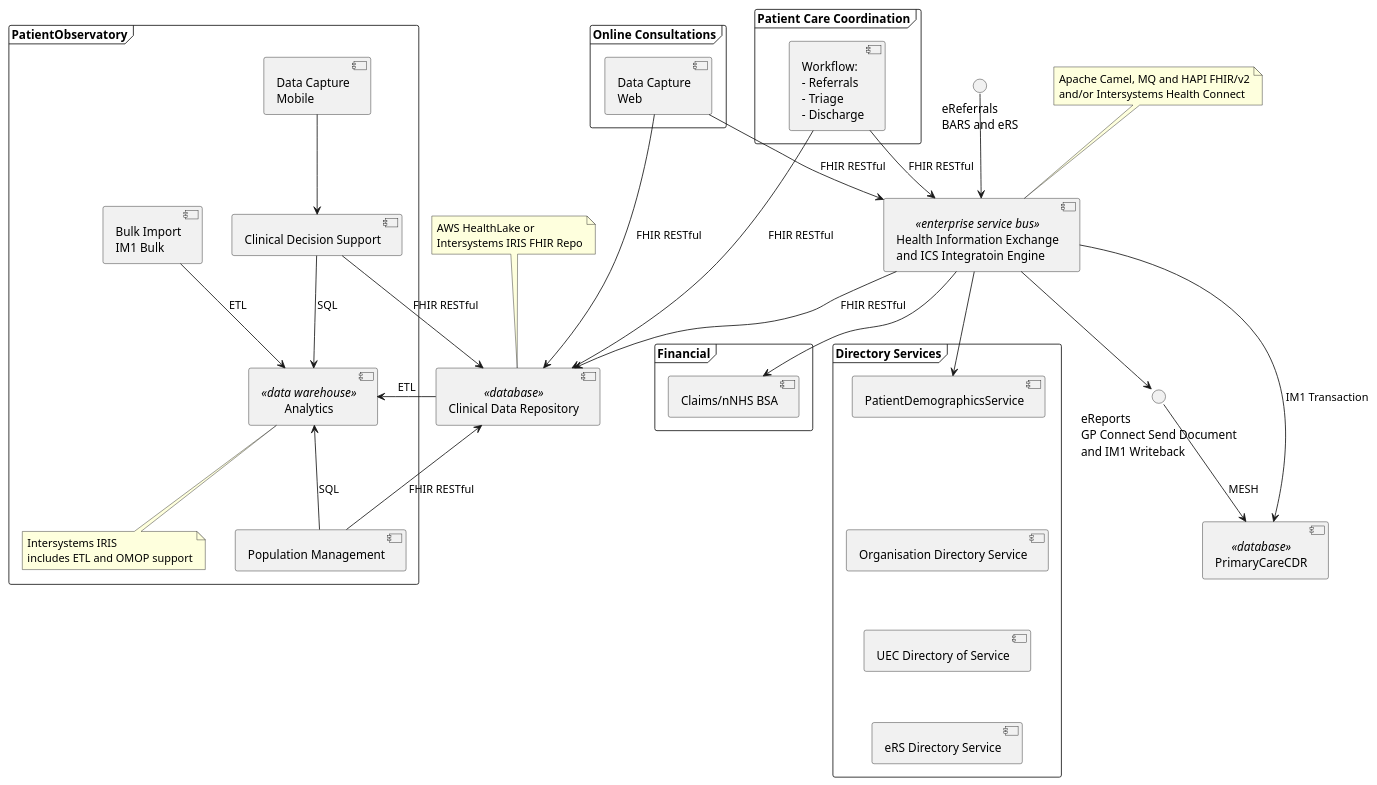
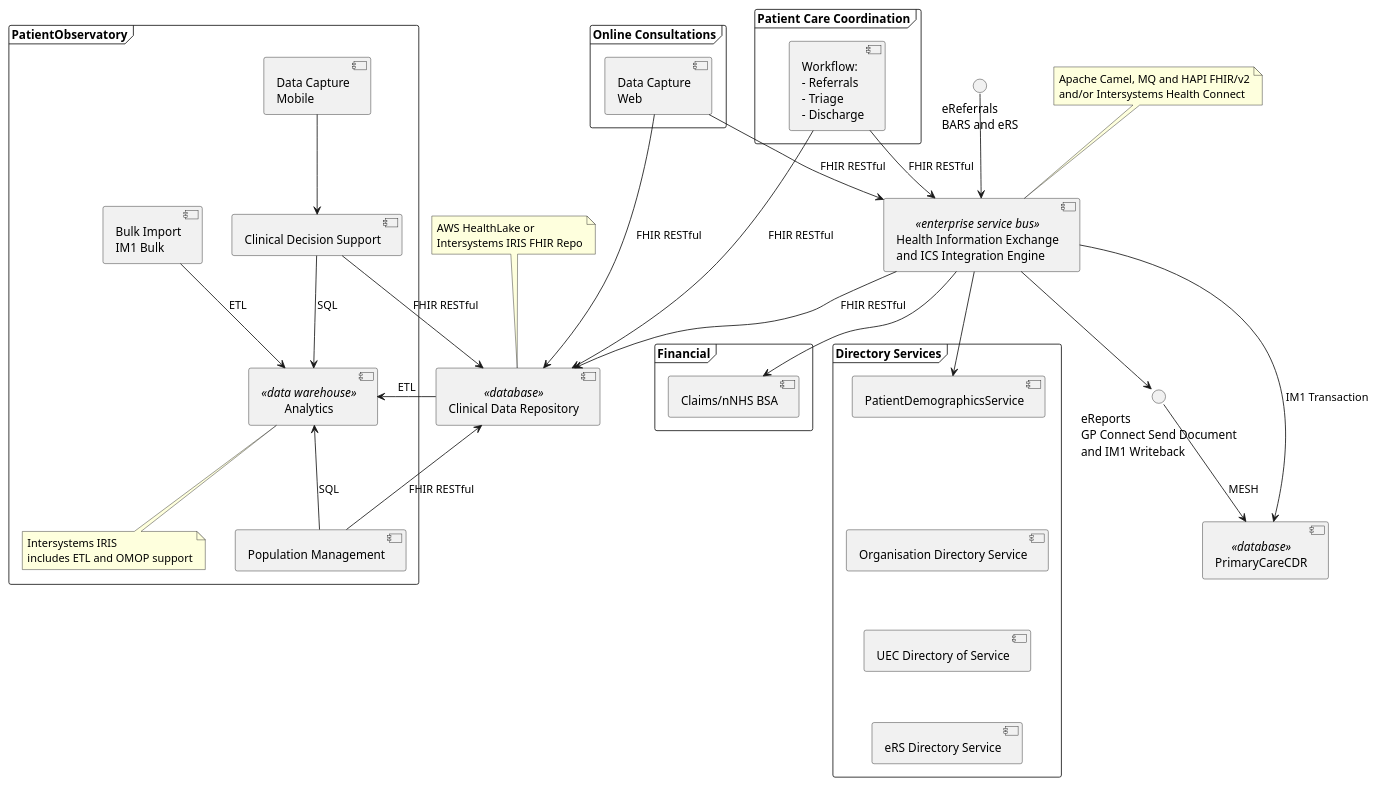
The diagram in input/images-source/component-enterprise.plantuml (Virtually-Healthcare/virtually-healthcare.github.com), drawn with PlantUML before and after one commit. The commit also changed 1 other file, not shown here.

Commit message:
ServiceRequest elab

```diff
--- a/input/images-source/component-enterprise.plantuml
+++ b/input/images-source/component-enterprise.plantuml
@@ -2,94 +2,96 @@
   @startuml
+
+    skinparam svgDimensionStyle false
 
     component "Clinical Data Repository" as ClinicalDataRepository <<database>>
 
-    component "Health Information Exchange\nand ICS Integratoin Engine" as HealthInformationExchange <<enterprise service bus>>
+    component "Health Information Exchange\nand ICS Integration Engine" as HealthInformationExchange <<enterprise service bus>>
 
     interface "eReferrals\nBARS and eRS" as eReferrals
 
     interface "eReports\nGP Connect Send Document\nand IM1 Writeback" as eReports
 
     component PrimaryCareCDR <<database>>
 
     frame PatientObservatory {
       component "Population Management" as PopulationManagement
       component "Data Capture\nMobile" as DataCaptureMobile
       component "Clinical Decision Support" as ClinicalDecisionSupport
       component Analytics <<data warehouse>>
       component "Bulk Import\nIM1 Bulk" as BulkImport
 
 
       note as OMOP
       Intersystems IRIS
       includes ETL and OMOP support
       end note
 
       OMOP .u. Analytics
       PopulationManagement --> ClinicalDataRepository : FHIR RESTful
       PopulationManagement -u-> Analytics : SQL
 
     }
 
     frame "Patient Care Coordination" as BARS {
       component "Workflow: \n- Referrals\n- Triage\n- Discharge" as Workflow
     }
 
     frame "Directory Services" as CSD {
       component "PatientDemographicsService" as PDS
       component "Organisation Directory Service" as ODS
       component "UEC Directory of Service" as UEC
       component "eRS Directory Service" as ersDOS
 
       PDS -d[hidden]- ODS
       ODS -d[hidden]- UEC
       UEC -d[hidden]- ersDOS
     }
 
     frame "Online Consultations" as online {
       component "Data Capture\nWeb" as DataCaptureWeb
 
     }
     frame Financial {
       component "Claims/nNHS BSA" as BSA
     }
 
     note as FHIR
 AWS HealthLake or
 Intersystems IRIS FHIR Repo
 end note
 
     note as ESB
 Apache Camel, MQ and HAPI FHIR/v2
 and/or Intersystems Health Connect
 end note
 
 
     FHIR .. ClinicalDataRepository
     ESB .. HealthInformationExchange
 
 
     ClinicalDataRepository --> Analytics : ETL
     BulkImport --> Analytics : ETL
 
     DataCaptureWeb --> ClinicalDataRepository : FHIR RESTful
     DataCaptureWeb --> HealthInformationExchange : FHIR RESTful
 
 
     DataCaptureMobile --> ClinicalDecisionSupport
     Workflow --> ClinicalDataRepository : FHIR RESTful
     Workflow --> HealthInformationExchange : FHIR RESTful
     ClinicalDecisionSupport --> ClinicalDataRepository : FHIR RESTful
     ClinicalDecisionSupport --> Analytics : SQL
 
 
     eReferrals --> HealthInformationExchange
     HealthInformationExchange --> eReports
     HealthInformationExchange --> PrimaryCareCDR : IM1 Transaction
     HealthInformationExchange --> ClinicalDataRepository : FHIR RESTful
     eReports --> PrimaryCareCDR : MESH
 
     HealthInformationExchange --> BSA
 
     HealthInformationExchange --> PDS
 
   @enduml
```
